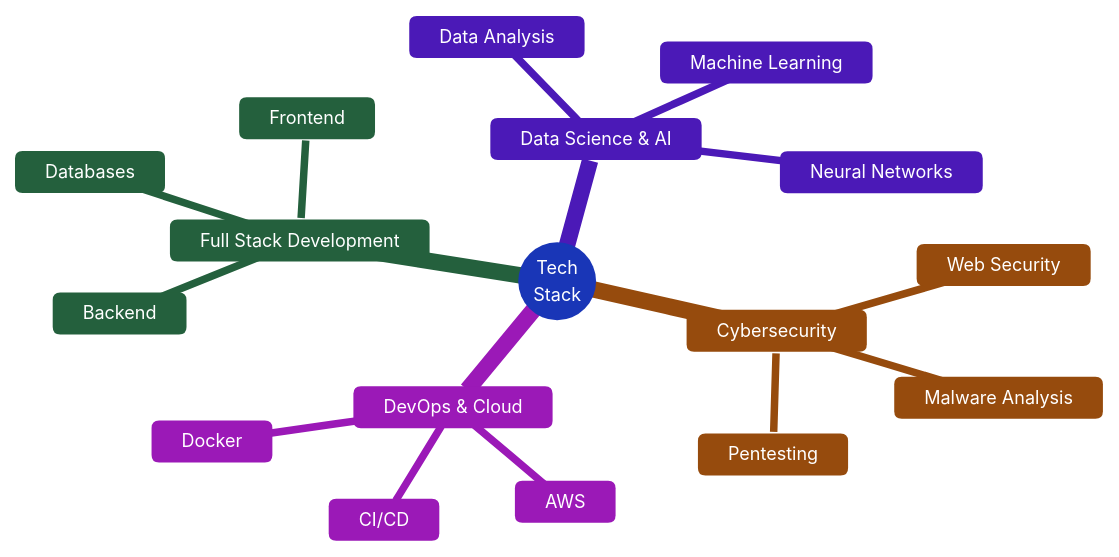
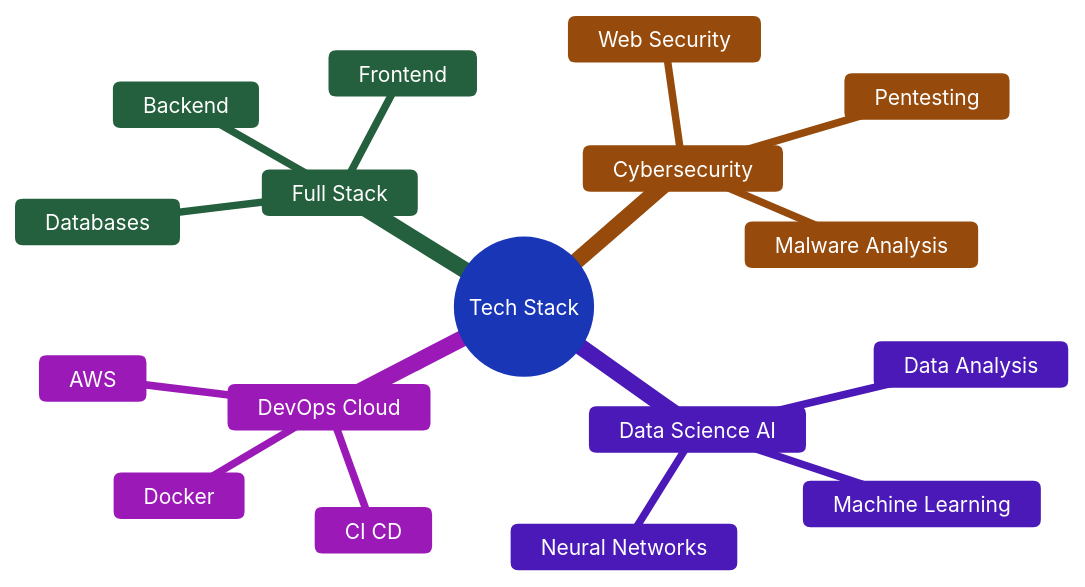
The diagram in README.md (devsebastian44/Devsebastian44), drawn with Mermaid before and after one commit.

Commit message:
Version 1

````diff
--- a/README.md
+++ b/README.md
@@ -75,21 +75,21 @@
 ```mermaid
-%%{init: {'theme':'base', 'themeVariables': { 'primaryColor':'#667EEA','primaryTextColor':'#FFF','primaryBorderColor':'#5A67D8','lineColor':'#4299E1','secondaryColor':'#48BB78','tertiaryColor':'#ED8936','quaternaryColor':'#9F7AEA','fontSize':'12px','fontFamily':'Aldrich, sans-serif'}}}%%
+%%{init: {'theme':'base', 'themeVariables': { 'primaryColor':'#667EEA','primaryTextColor':'#FFF','primaryBorderColor':'#5A67D8','lineColor':'#4299E1','secondaryColor':'#48BB78','tertiaryColor':'#ED8936','quaternaryColor':'#9F7AEA','fontSize':'14px','fontFamily':'Arial'}}}%%
 mindmap
-  root((Tech<br/>Stack))
-    Full Stack Development 
-      Frontend 
-      Backend 
-      Databases 
-    Cybersecurity 
-      Pentesting 
-      Malware Analysis 
-      Web Security 
-    Data Science & AI 
-      Machine Learning 
-      Data Analysis 
-      Neural Networks 
-    DevOps & Cloud 
-      Docker 
-      AWS 
-      CI/CD 
+  root((Tech Stack))
+    Full Stack
+      Frontend
+      Backend
+      Databases
+    Cybersecurity
+      Pentesting
+      Malware Analysis
+      Web Security
+    Data Science AI
+      Machine Learning
+      Data Analysis
+      Neural Networks
+    DevOps Cloud
+      Docker
+      AWS
+      CI CD
 ```
````
